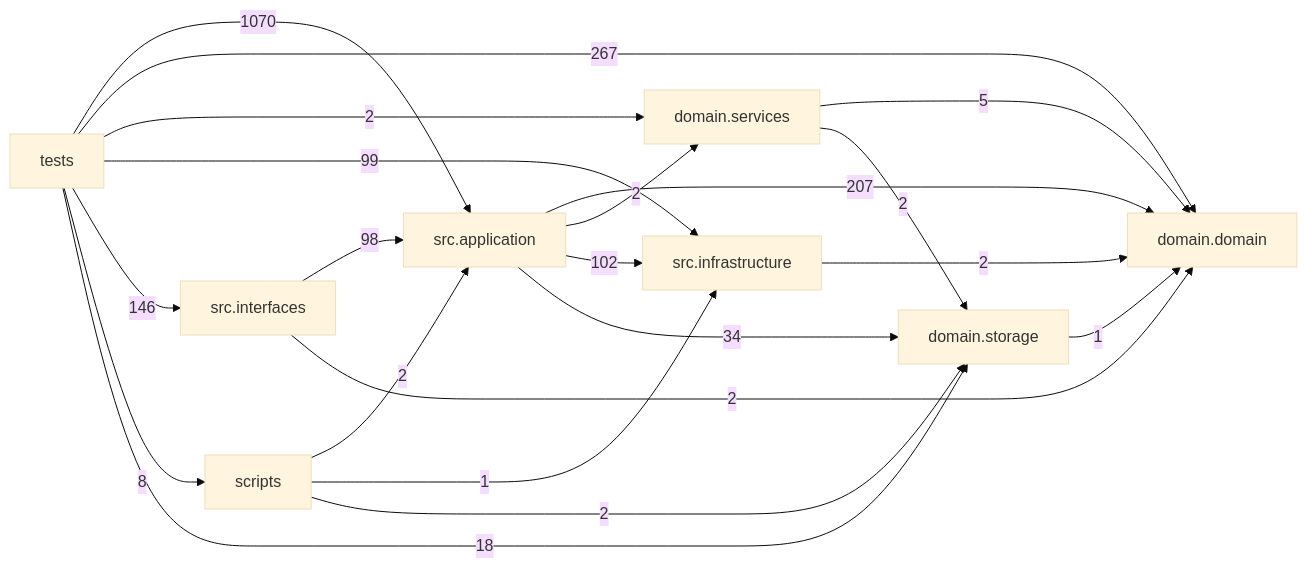
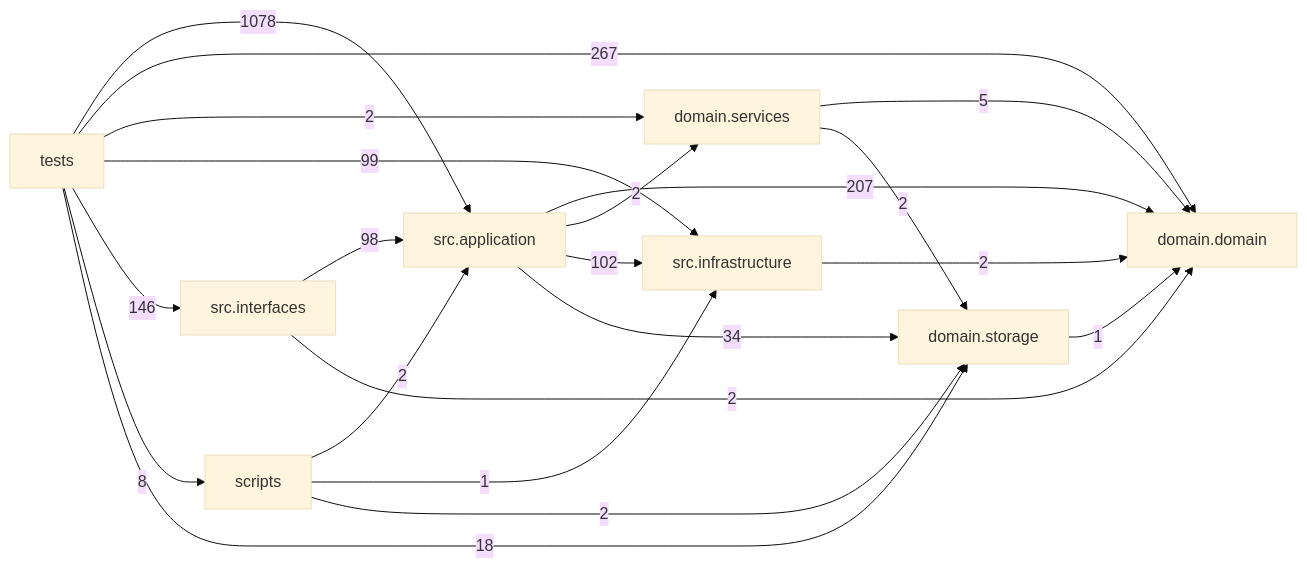
Before and after one commit to liuxie066/options-monitor: the diagram in docs/DEPENDENCY_GRAPH.md, drawn with Mermaid (base theme). The commit also changed other lines of this file and 13 other files, not shown here.

````diff
--- a/docs/DEPENDENCY_GRAPH.md
+++ b/docs/DEPENDENCY_GRAPH.md
@@ -24,31 +24,31 @@
 ```mermaid
 flowchart LR
   tests["tests"]
   scripts["scripts"]
   interfaces["src.interfaces"]
   application["src.application"]
   infrastructure["src.infrastructure"]
   domain_services["domain.services"]
   domain["domain.domain"]
   storage["domain.storage"]
   application -->|207| domain
   application -->|2| domain_services
   application -->|102| infrastructure
   application -->|34| storage
   domain_services -->|5| domain
   domain_services -->|2| storage
   infrastructure -->|2| domain
   interfaces -->|98| application
   interfaces -->|2| domain
   scripts -->|2| application
   scripts -->|1| infrastructure
   scripts -->|2| storage
   storage -->|1| domain
-  tests -->|1070| application
+  tests -->|1078| application
   tests -->|267| domain
   tests -->|2| domain_services
   tests -->|99| infrastructure
   tests -->|146| interfaces
   tests -->|8| scripts
   tests -->|18| storage
 ```
````
